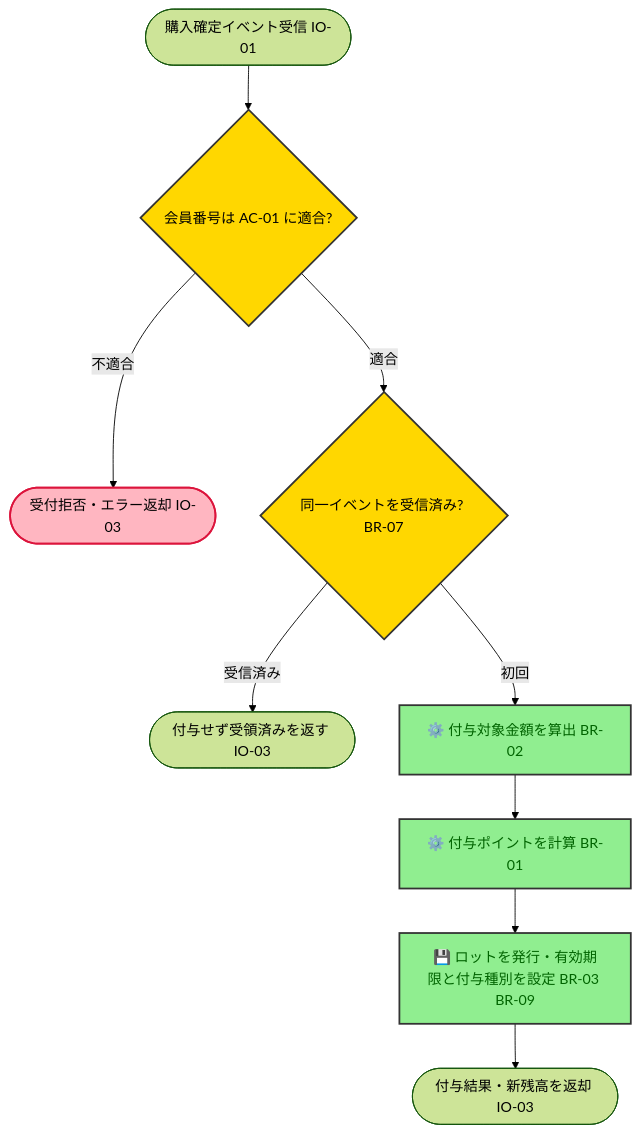
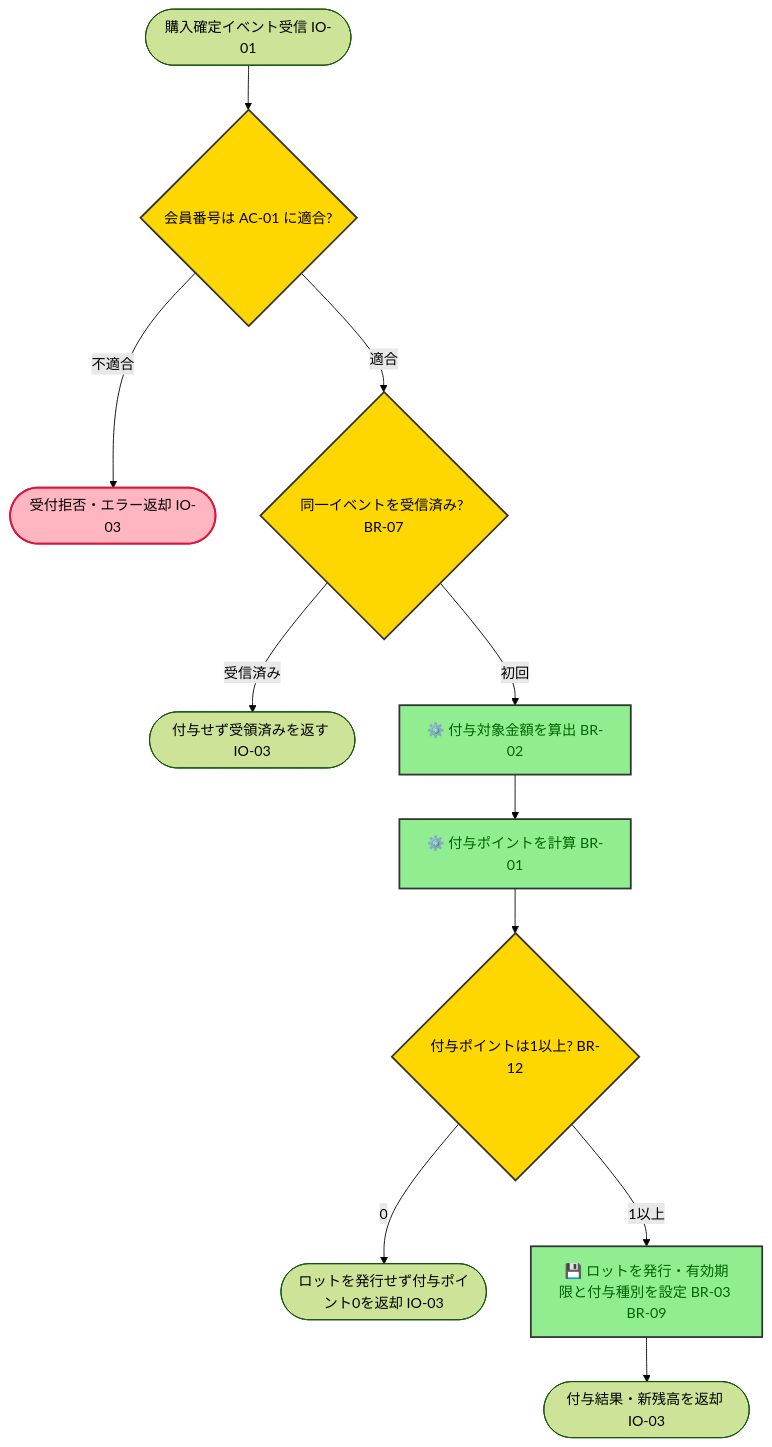
One commit to kasiopeiya/claude-dev-template changed the tenth of 15 diagrams in samples/docs/requirements.md. Above: the diagram before and after it, drawn with Mermaid (forest theme). The commit also changed other lines of this file, not shown here.

````diff
--- a/samples/docs/requirements.md
+++ b/samples/docs/requirements.md
@@ -841,18 +885,20 @@
 ```mermaid
 flowchart TD
     start([購入確定イベント受信 IO-01]) --> valid{会員番号は AC-01 に適合?}
     valid -->|不適合| reject([受付拒否・エラー返却 IO-03])
     valid -->|適合| dup{同一イベントを受信済み? BR-07}
     dup -->|受信済み| ack([付与せず受領済みを返す IO-03])
     dup -->|初回| target[⚙️ 付与対象金額を算出 BR-02]
     target --> calc[⚙️ 付与ポイントを計算 BR-01]
-    calc --> lot[💾 ロットを発行・有効期限と付与種別を設定 BR-03 BR-09]
+    calc --> zero{付与ポイントは1以上? BR-12}
+    zero -->|0| none([ロットを発行せず付与ポイント0を返却 IO-03])
+    zero -->|1以上| lot[💾 ロットを発行・有効期限と付与種別を設定 BR-03 BR-09]
     lot --> resp([付与結果・新残高を返却 IO-03])
 
     classDef step fill:#90EE90,stroke:#333,stroke-width:2px,color:darkgreen
     classDef decision fill:#FFD700,stroke:#333,stroke-width:2px,color:black
     classDef error fill:#FFB6C1,stroke:#DC143C,stroke-width:2px,color:black
     class target,calc,lot step
-    class valid,dup decision
+    class valid,dup,zero decision
     class reject error
 ```
````
